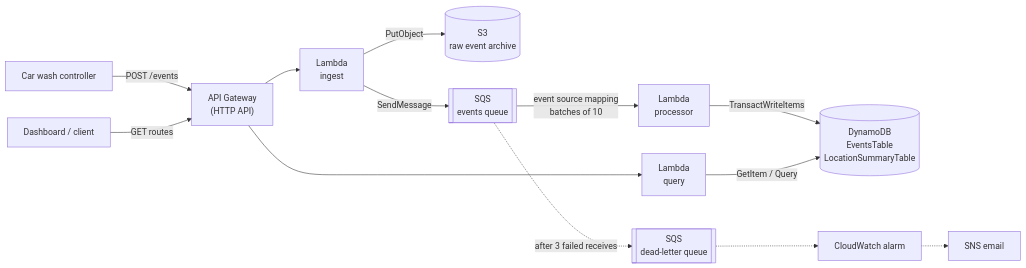
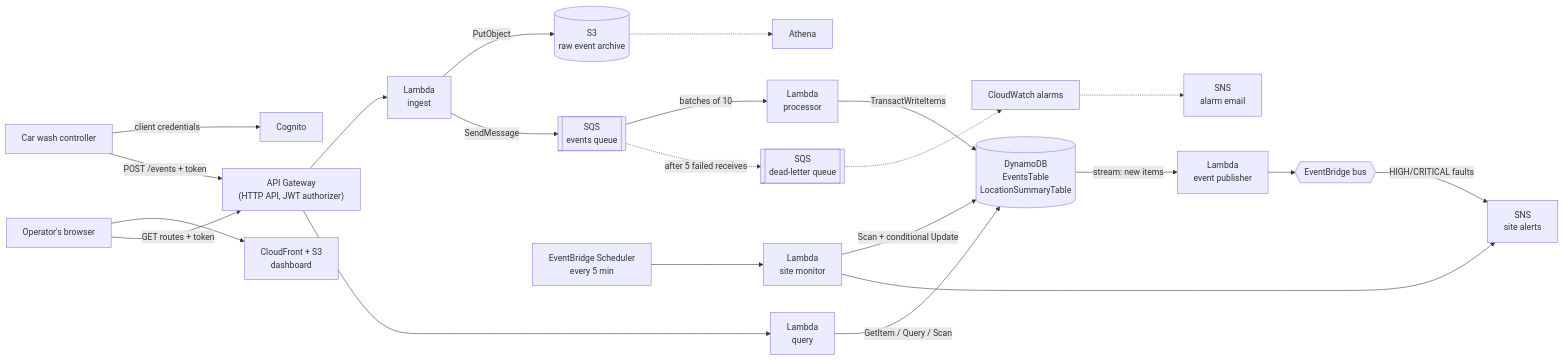
One commit to JesDiaz01/Washop-aws changed the first of 2 diagrams in README.md. Above: the diagram before and after it, drawn with Mermaid. The commit also changed other lines of this file and 43 other files, not shown here.

````diff
--- a/README.md
+++ b/README.md
@@ -49,14 +59,23 @@
 ```mermaid
 flowchart LR
-    C["Car wash controller"] -->|"POST /events"| APIGW["API Gateway<br/>(HTTP API)"]
+    C["Car wash controller"] -->|"client credentials"| COG["Cognito"]
+    C -->|"POST /events + token"| APIGW["API Gateway<br/>(HTTP API, JWT authorizer)"]
     APIGW --> ING["Lambda<br/>ingest"]
     ING -->|"PutObject"| S3[("S3<br/>raw event archive")]
     ING -->|"SendMessage"| Q[["SQS<br/>events queue"]]
-    Q -->|"event source mapping<br/>batches of 10"| PROC["Lambda<br/>processor"]
-    Q -.->|"after 3 failed receives"| DLQ[["SQS<br/>dead-letter queue"]]
+    Q -->|"batches of 10"| PROC["Lambda<br/>processor"]
+    Q -.->|"after 5 failed receives"| DLQ[["SQS<br/>dead-letter queue"]]
     PROC -->|"TransactWriteItems"| DDB[("DynamoDB<br/>EventsTable<br/>LocationSummaryTable")]
-    D["Dashboard / client"] -->|"GET routes"| APIGW
+    DDB -->|"stream: new items"| PUB["Lambda<br/>event publisher"]
+    PUB --> EB{{"EventBridge bus"}}
+    EB -->|"HIGH/CRITICAL faults"| ALERTS["SNS<br/>site alerts"]
+    SCHED["EventBridge Scheduler<br/>every 5 min"] --> MON["Lambda<br/>site monitor"]
+    MON -->|"Scan + conditional Update"| DDB
+    MON --> ALERTS
+    U["Operator's browser"] --> CF["CloudFront + S3<br/>dashboard"]
+    U -->|"GET routes + token"| APIGW
     APIGW --> QRY["Lambda<br/>query"]
-    QRY -->|"GetItem / Query"| DDB
-    DLQ -.-> ALARM["CloudWatch alarm"] -.-> SNS["SNS email"]
+    QRY -->|"GetItem / Query / Scan"| DDB
+    S3 -.-> ATH["Athena"]
+    DLQ -.-> ALARM["CloudWatch alarms"] -.-> SNS["SNS<br/>alarm email"]
 ```
````
